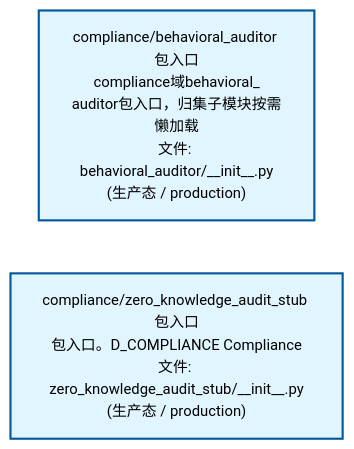
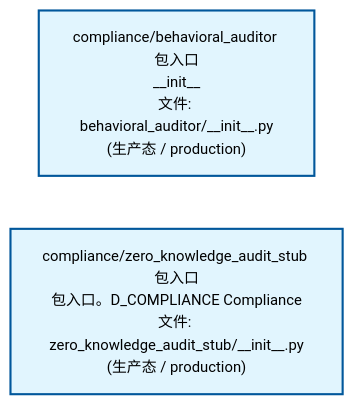
The second of 4 diagrams in docs/02_enterprise_architecture/02_domain_architecture_docs/38_d_compliance.md (xuanFelixVan/ZephyrAlpha), drawn with Mermaid before and after one commit. The commit also changed other lines of this file and 61 other files, not shown here.

````diff
--- a/docs/02_enterprise_architecture/02_domain_architecture_docs/38_d_compliance.md
+++ b/docs/02_enterprise_architecture/02_domain_architecture_docs/38_d_compliance.md
@@ -91,12 +92,12 @@
 ```mermaid
 %%{init: {'theme': 'base', 'themeVariables': {'primaryColor': '#eaeaea', 'primaryTextColor': '#333333', 'primaryBorderColor': '#666666', 'lineColor': '#666666', 'secondaryColor': '#eaeaea', 'tertiaryColor': '#eaeaea', 'fontSize': '14px'}}}%%
 flowchart TD
-    src_zephyr_compliance_behavioral_auditor_init_py["compliance/behavioral_auditor 包入口<br/>compliance域behavioral_<br/>auditor包入口，归集子模块按需懒加载<br/>文件: behavioral_auditor/__init__.py<br/>(生产态 / production)"]
+    src_zephyr_compliance_behavioral_auditor_init_py["compliance/behavioral_auditor 包入口<br/>__init__<br/>文件: behavioral_auditor/__init__.py<br/>(生产态 / production)"]
     src_zephyr_compliance_zero_knowledge_audit_stub_init_py["compliance/zero_knowledge_audit_stub 包入口<br/>包入口。D_COMPLIANCE Compliance<br/>文件: zero_knowledge_audit_stub/__init__.py<br/>(生产态 / production)"]
     src_zephyr_compliance_behavioral_auditor_init_py ~~~ src_zephyr_compliance_zero_knowledge_audit_stub_init_py
     classDef production fill:#e1f5fe,stroke:#01579b,stroke-width:2px,color:#000
     classDef design fill:#fff3e0,stroke:#e65100,stroke-width:2px,color:#000,stroke-dasharray: 5 5
     classDef external_prod fill:#e8f4fd,stroke:#0277bd,stroke-width:1px,color:#000
     classDef external_design fill:#fff8e7,stroke:#ef6c00,stroke-width:1px,color:#000,stroke-dasharray: 5 5
     class src_zephyr_compliance_behavioral_auditor_init_py,src_zephyr_compliance_zero_knowledge_audit_stub_init_py production
 ```
````
